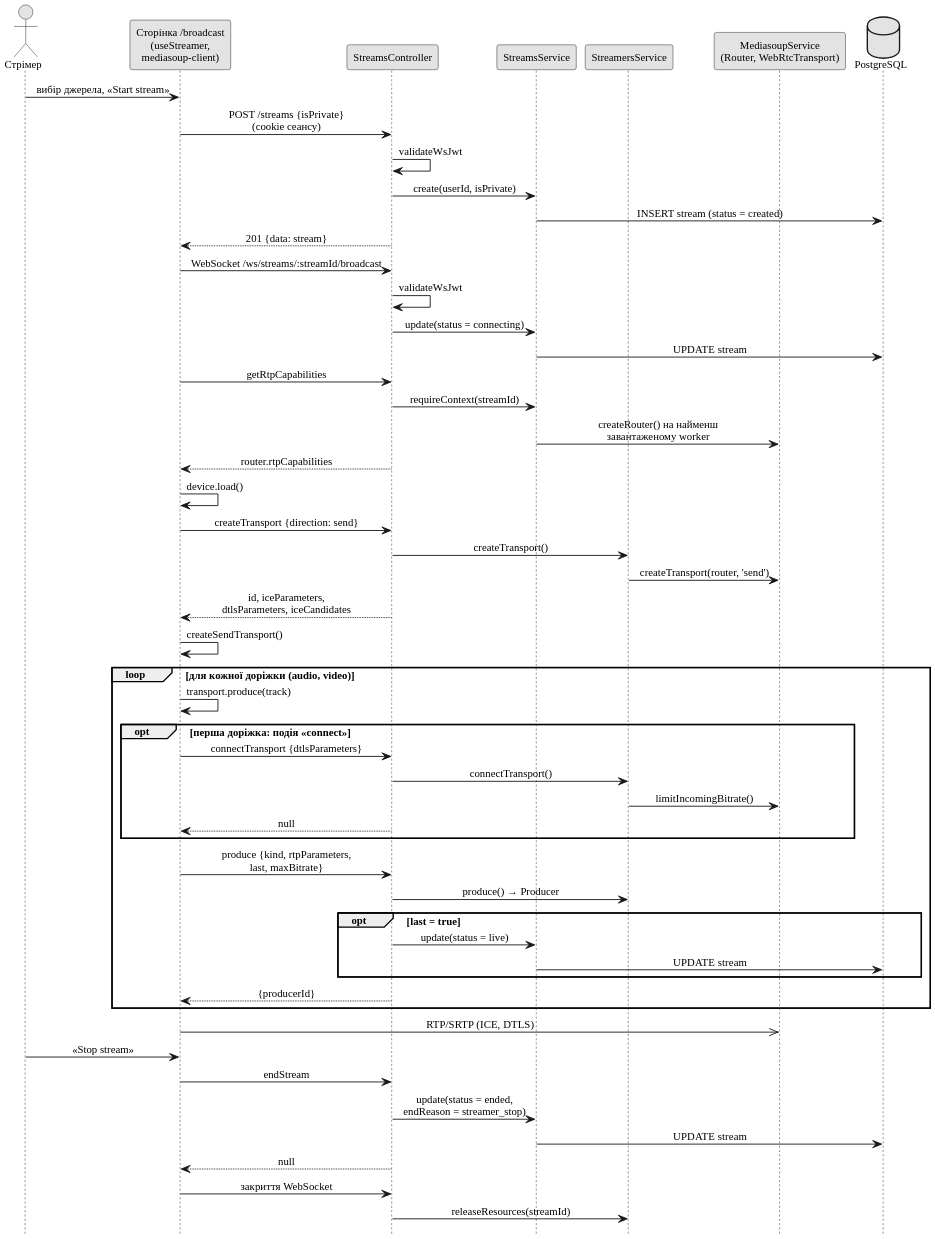
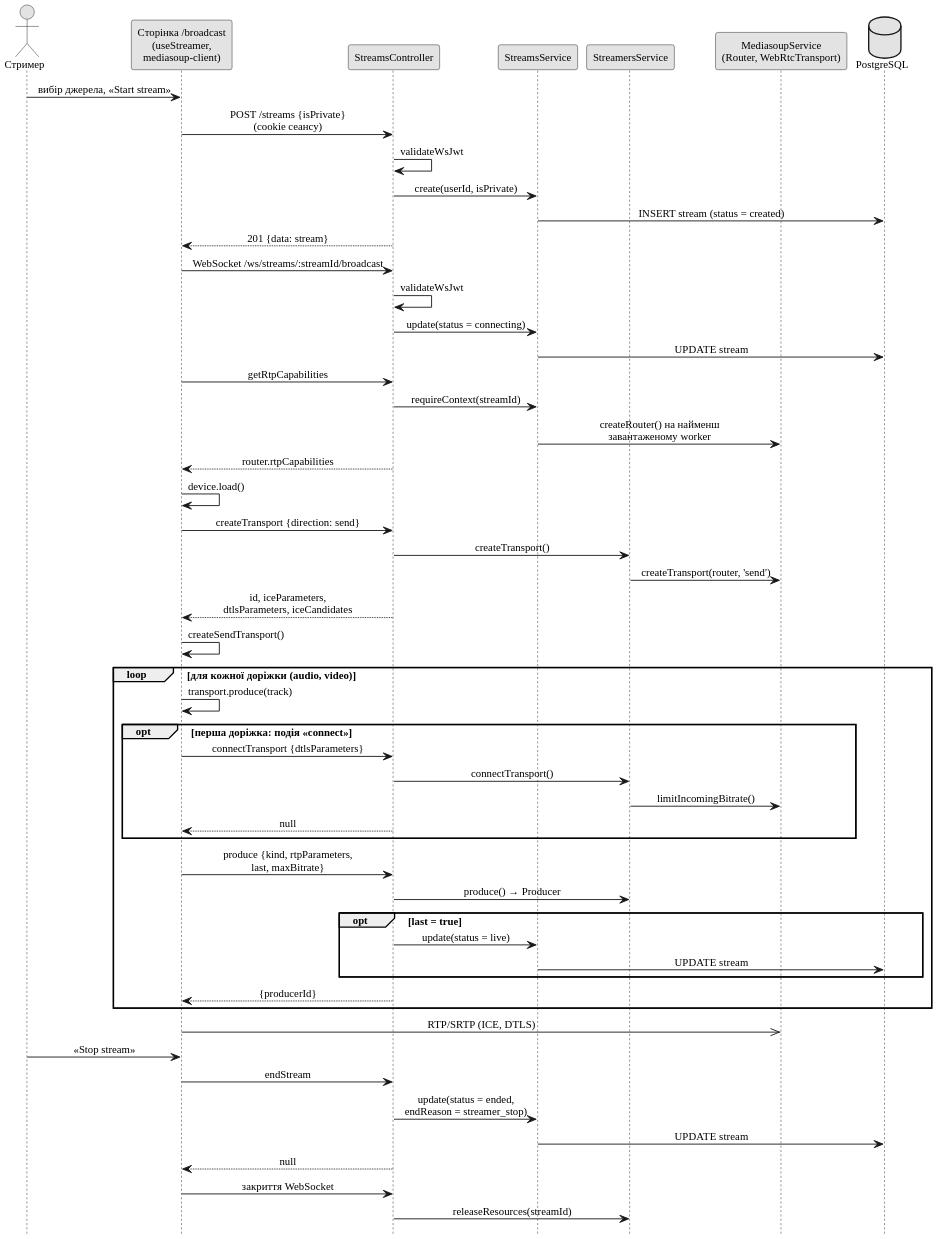
One commit to Nikitos1926/stream-share changed the diagram in thesis/diagrams/fig-seq-broadcast.puml. Above: the diagram before and after it, drawn with PlantUML. The commit also changed 37 other files, not shown here.

```diff
--- a/thesis/diagrams/fig-seq-broadcast.puml
+++ b/thesis/diagrams/fig-seq-broadcast.puml
@@ -1,69 +1,69 @@
 @startuml
 !pragma layout smetana
 skinparam defaultFontName "Liberation Serif"
 skinparam dpi 200
 skinparam shadowing false
 skinparam monochrome true
 skinparam defaultFontSize 12
 skinparam sequenceMessageAlign center
 hide footbox
 
-actor "Стрімер" as U
+actor "Стример" as U
 participant "Сторінка /broadcast\n(useStreamer,\nmediasoup-client)" as P
 participant "StreamsController" as C
 participant "StreamsService" as SS
 participant "StreamersService" as ST
 participant "MediasoupService\n(Router, WebRtcTransport)" as MS
 database "PostgreSQL" as DB
 
 U -> P : вибір джерела, «Start stream»
 P -> C : POST /streams {isPrivate}\n(cookie сеансу)
 C -> C : validateWsJwt
 C -> SS : create(userId, isPrivate)
 SS -> DB : INSERT stream (status = created)
 C --> P : 201 {data: stream}
 
 P -> C : WebSocket /ws/streams/:streamId/broadcast
 C -> C : validateWsJwt
 C -> SS : update(status = connecting)
 SS -> DB : UPDATE stream
 
 P -> C : getRtpCapabilities
 C -> SS : requireContext(streamId)
 SS -> MS : createRouter() на найменш\nзавантаженому worker
 C --> P : router.rtpCapabilities
 P -> P : device.load()
 
 P -> C : createTransport {direction: send}
 C -> ST : createTransport()
 ST -> MS : createTransport(router, 'send')
 C --> P : id, iceParameters,\ndtlsParameters, iceCandidates
 P -> P : createSendTransport()
 
 loop для кожної доріжки (audio, video)
   P -> P : transport.produce(track)
   opt перша доріжка: подія «connect»
     P -> C : connectTransport {dtlsParameters}
     C -> ST : connectTransport()
     ST -> MS : limitIncomingBitrate()
     C --> P : null
   end
   P -> C : produce {kind, rtpParameters,\nlast, maxBitrate}
   C -> ST : produce() → Producer
   opt last = true
     C -> SS : update(status = live)
     SS -> DB : UPDATE stream
   end
   C --> P : {producerId}
 end
 
 P ->> MS : RTP/SRTP (ICE, DTLS)
 
 U -> P : «Stop stream»
 P -> C : endStream
 C -> SS : update(status = ended,\nendReason = streamer_stop)
 SS -> DB : UPDATE stream
 C --> P : null
 P -> C : закриття WebSocket
 C -> ST : releaseResources(streamId)
 @enduml
```
